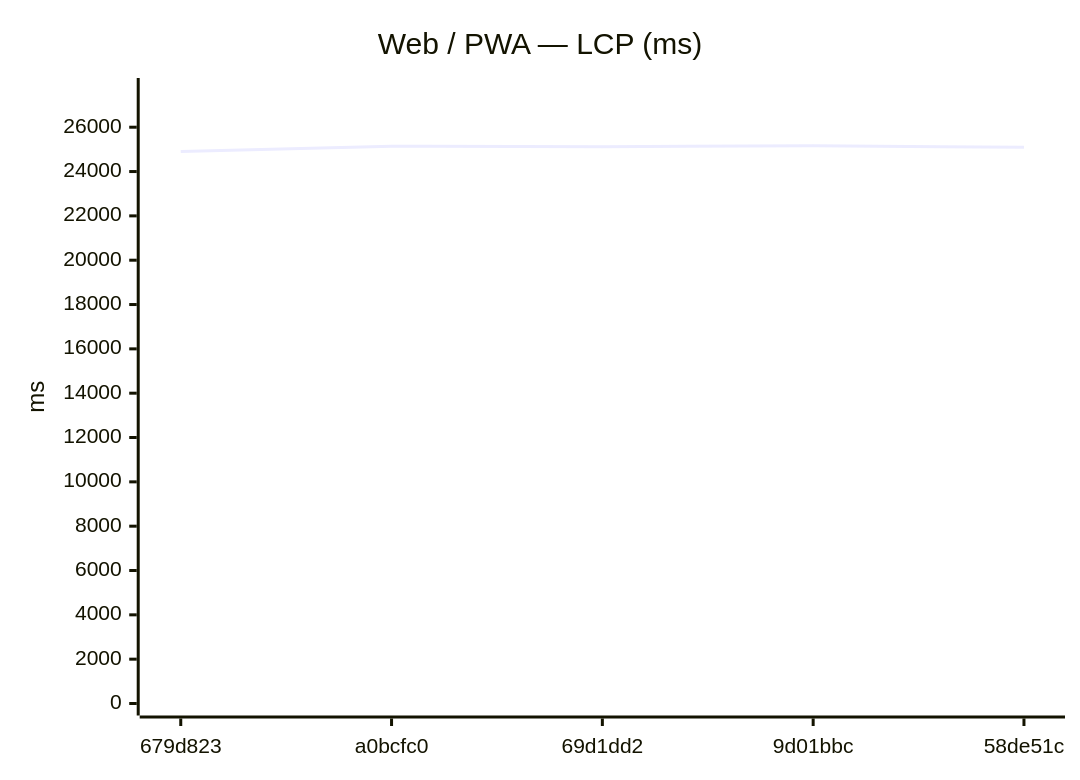
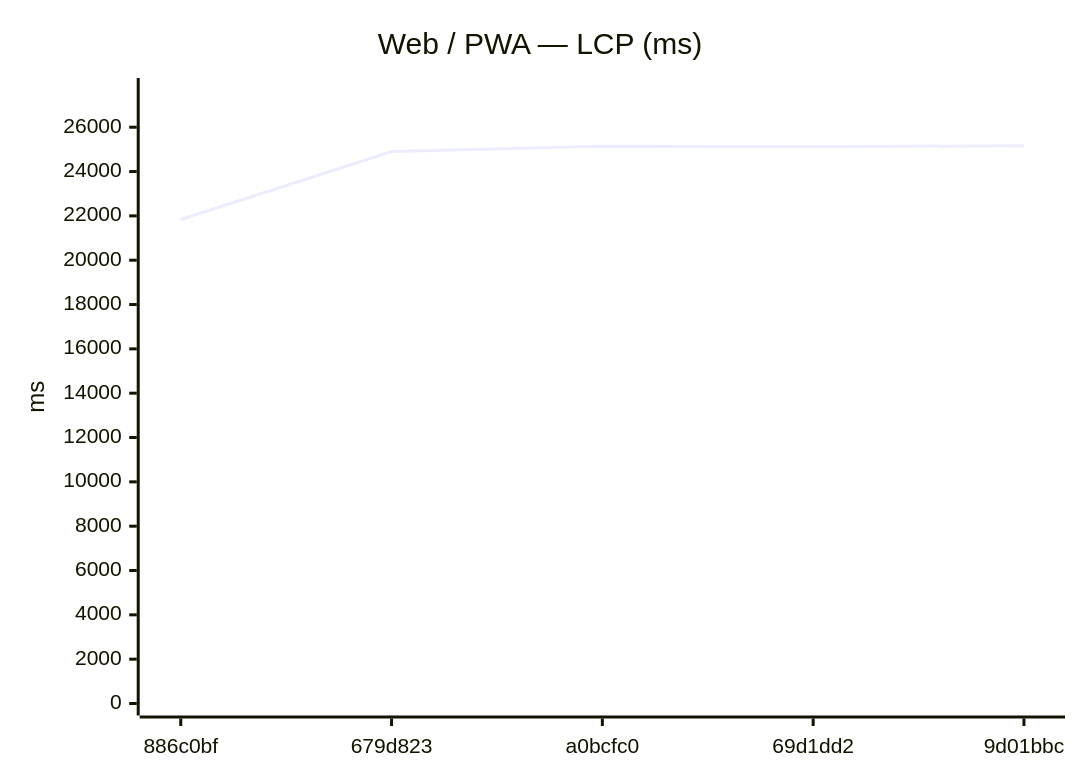
Before and after one commit to Metaheurist/Rianell: the fifth of 12 diagrams in benchmarks/compare.md, drawn with Mermaid. The commit also changed other lines of this file and 8 other files, not shown here.

````diff
--- a/benchmarks/compare.md
+++ b/benchmarks/compare.md
@@ -82,7 +82,7 @@
 ```mermaid
 xychart-beta
     title "Web / PWA — LCP (ms)"
-    x-axis ["679d823", "a0bcfc0", "69d1dd2", "9d01bbc", "58de51c"]
+    x-axis ["886c0bf", "679d823", "a0bcfc0", "69d1dd2", "9d01bbc"]
     y-axis "ms" 0 --> 27679
-    line [24900, 25139, 25124, 25162, 25092]
+    line [21835, 24900, 25139, 25124, 25162]
 ```
````
